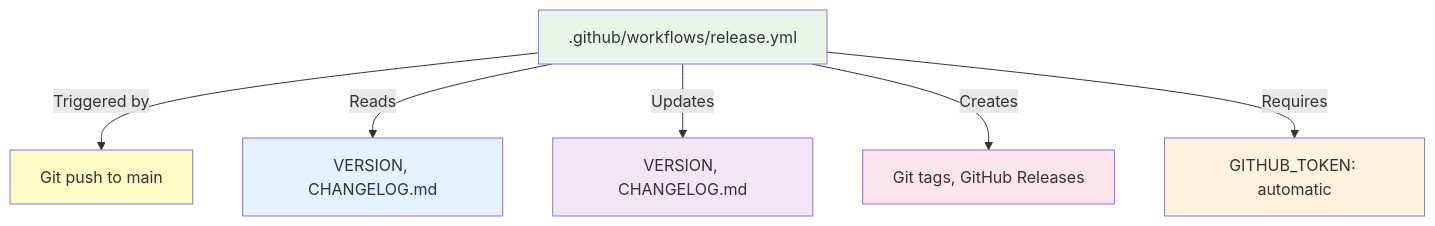
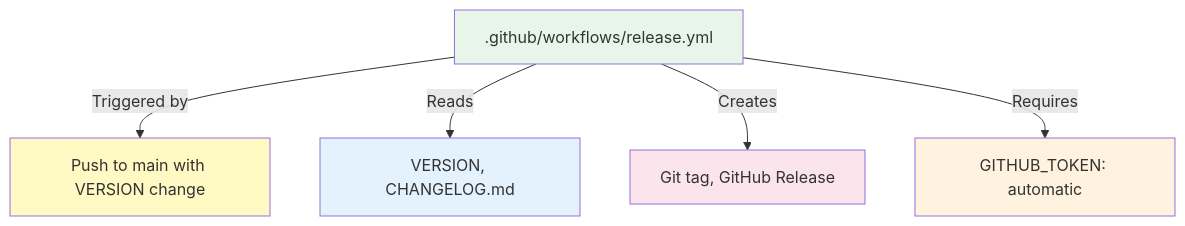
The fifth of 5 diagrams in docs/RELEASE_INTEGRATION.md (aopdal/ansible-role-aruba-cx-switch), drawn with Mermaid before and after one commit. The commit also changed other lines of this file and 3 other files, not shown here.

First line of the commit message:
docs: update release docs for new workflow

````diff
--- a/docs/RELEASE_INTEGRATION.md
+++ b/docs/RELEASE_INTEGRATION.md
@@ -337,16 +220,14 @@
 ```mermaid
 graph TD
     WORKFLOW[.github/workflows/release.yml]
-    WORKFLOW --> |Triggered by| Push[Git push to main]
-    WORKFLOW --> |Reads| Read1[VERSION, CHANGELOG.md]
-    WORKFLOW --> |Updates| Update1[VERSION, CHANGELOG.md]
-    WORKFLOW --> |Creates| Create1[Git tags, GitHub Releases]
+    WORKFLOW --> |Triggered by| Push[Push to main with VERSION change]
+    WORKFLOW --> |Reads| Files[VERSION, CHANGELOG.md]
+    WORKFLOW --> |Creates| Outputs[Git tag, GitHub Release]
     WORKFLOW --> |Requires| Token[GITHUB_TOKEN: automatic]
 
     style WORKFLOW fill:#e8f5e9
     style Push fill:#fff9c4
-    style Read1 fill:#e3f2fd
-    style Update1 fill:#f3e5f5
-    style Create1 fill:#fce4ec
+    style Files fill:#e3f2fd
+    style Outputs fill:#fce4ec
     style Token fill:#fff3e0
 ```
````
